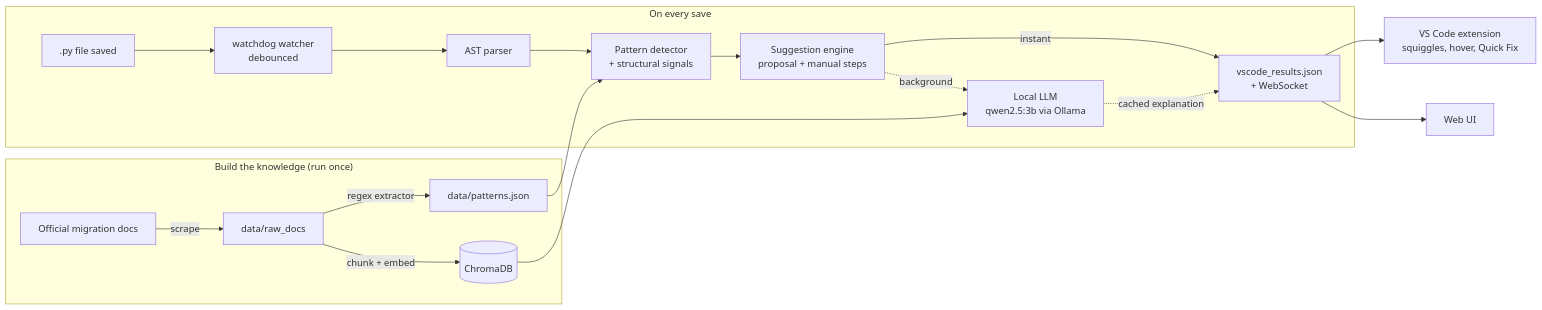
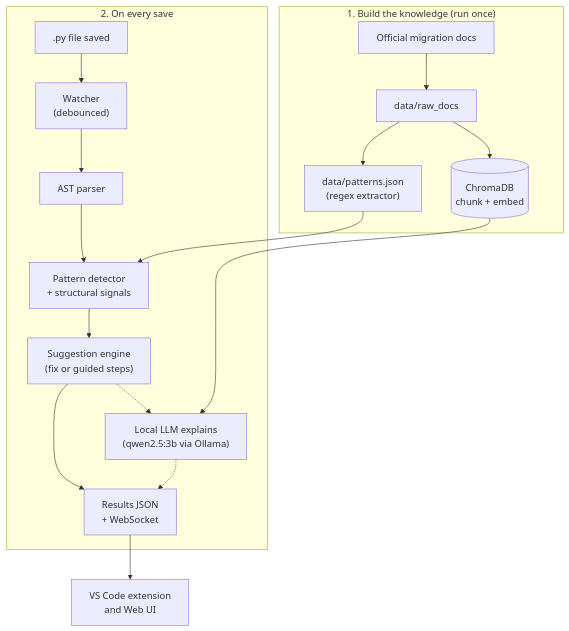
Before and after one commit to Purvaja11/frameworksync: the diagram in README.md, drawn with Mermaid.

Commit message:
README: make architecture diagram portrait

````diff
--- a/README.md
+++ b/README.md
@@ -42,21 +42,22 @@
 ```mermaid
-flowchart LR
-    subgraph Offline["Build the knowledge (run once)"]
-        D[Official migration docs] -->|scrape| R[data/raw_docs]
-        R -->|regex extractor| P[data/patterns.json]
-        R -->|chunk + embed| C[(ChromaDB)]
+flowchart TD
+    subgraph Offline["1. Build the knowledge (run once)"]
+        D["Official migration docs"] --> R["data/raw_docs"]
+        R --> P["data/patterns.json<br/>(regex extractor)"]
+        R --> C[("ChromaDB<br/>chunk + embed")]
     end
-    subgraph Live["On every save"]
-        F[.py file saved] --> W[watchdog watcher<br/>debounced]
-        W --> A[AST parser]
-        A --> DET[Pattern detector<br/>+ structural signals]
-        P --> DET
-        DET --> S[Suggestion engine<br/>proposal + manual steps]
-        S -->|instant| B[vscode_results.json<br/>+ WebSocket]
-        S -.->|background| L[Local LLM<br/>qwen2.5:3b via Ollama]
-        C --> L
-        L -.->|cached explanation| B
+
+    subgraph Live["2. On every save"]
+        F[".py file saved"] --> W["Watcher<br/>(debounced)"]
+        W --> A["AST parser"]
+        A --> DET["Pattern detector<br/>+ structural signals"]
+        DET --> S["Suggestion engine<br/>(fix or guided steps)"]
+        S --> B["Results JSON<br/>+ WebSocket"]
+        S -.-> L["Local LLM explains<br/>(qwen2.5:3b via Ollama)"]
+        L -.-> B
     end
-    B --> X[VS Code extension<br/>squiggles, hover, Quick Fix]
-    B --> U[Web UI]
+
+    P --> DET
+    C --> L
+    B --> X["VS Code extension<br/>and Web UI"]
 ```
````
